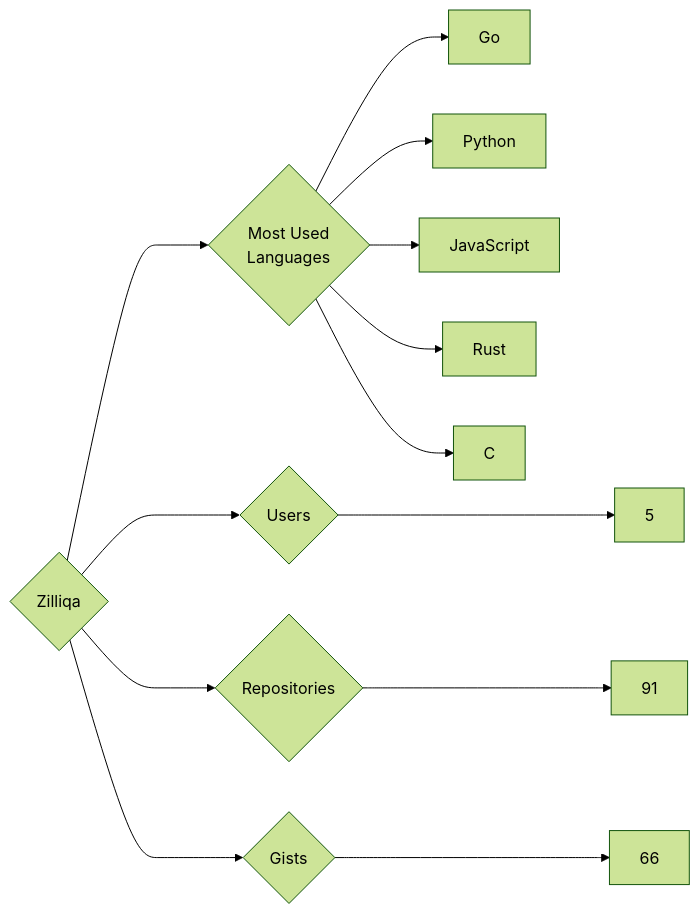
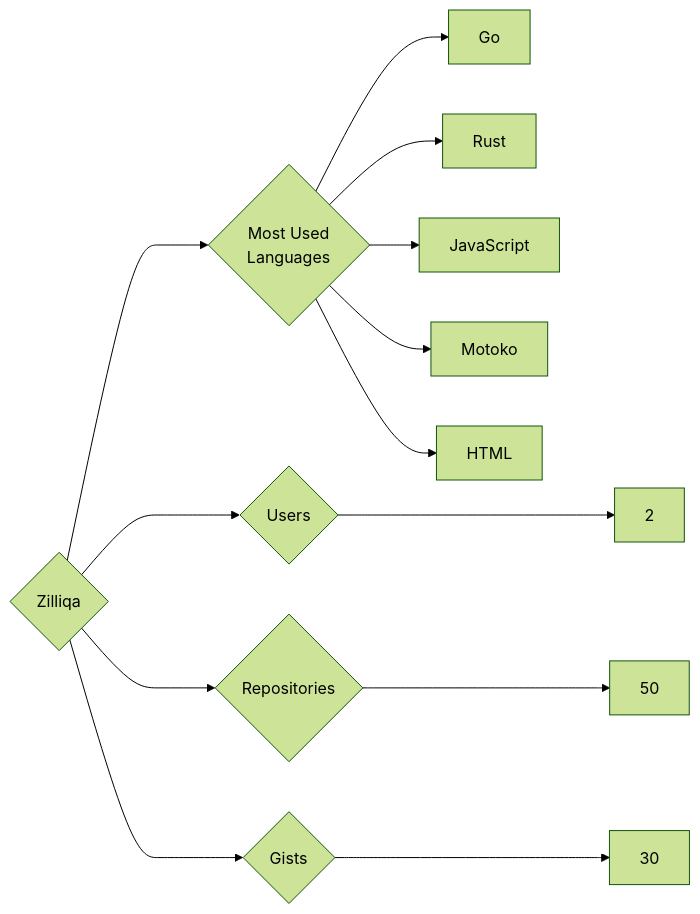
The diagram in targets/Zilliqa/README.md (trickest/insiders), drawn with Mermaid (forest theme) before and after one commit. The commit also changed 964 other files, not shown here.

````diff
--- a/targets/Zilliqa/README.md
+++ b/targets/Zilliqa/README.md
@@ -3,13 +3,13 @@
 ```mermaid
 graph LR
 COMPANY_NAME{Zilliqa}
-COMPANY_NAME ---> U{Users} ---> UN[5]
-COMPANY_NAME ---> R{Repositories} ---> RN[91]
-COMPANY_NAME ---> G{Gists} ---> GN[66]
+COMPANY_NAME ---> U{Users} ---> UN[2]
+COMPANY_NAME ---> R{Repositories} ---> RN[50]
+COMPANY_NAME ---> G{Gists} ---> GN[30]
 COMPANY_NAME ---> ML{Most Used<br>Languages}
 ML --> Go[Go]
-ML --> Python[Python]
+ML --> Rust[Rust]
 ML --> JavaScript[JavaScript]
-ML --> Rust[Rust]
-ML --> C[C]
+ML --> Motoko[Motoko]
+ML --> HTML[HTML]
 ```
````
